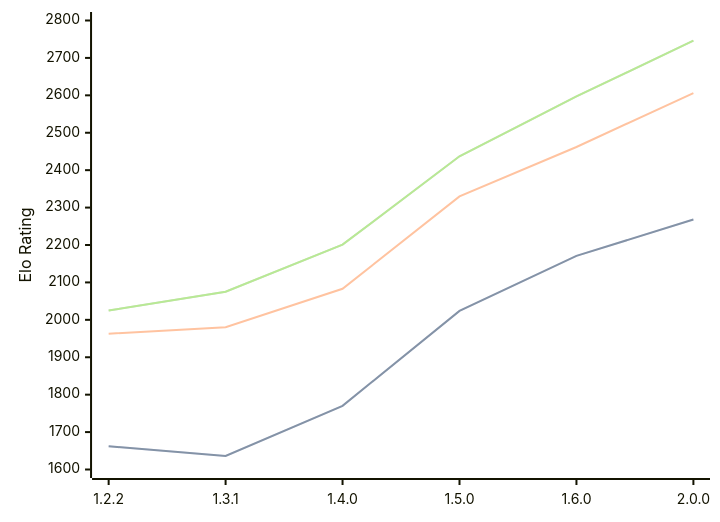
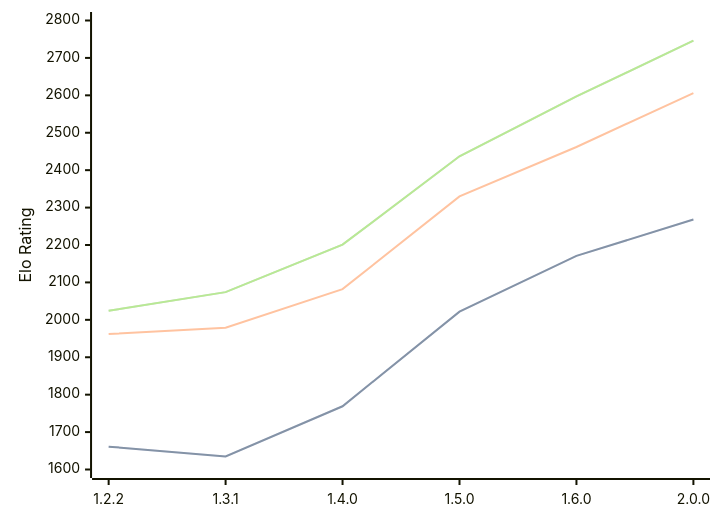
Before and after one commit to computer-chess-index/cci: the diagram in engines/SoloEngine.md, drawn with Mermaid. The commit also changed other lines of this file, not shown here.

Commit message:
Update CCI Ratings (ELO VLTC) - 2026-05-22

````diff
--- a/engines/SoloEngine.md
+++ b/engines/SoloEngine.md
@@ -37,11 +37,11 @@
 ```mermaid
 %%{init: {"theme":"base","themeVariables":{"seriesColors:['#a3a3a3','#222221','#faa371']}}}%%
 xychart-beta
   x-axis ["1.2.2", "1.3.1", "1.4.0", "1.5.0", "1.6.0", "2.0.0"]
   y-axis "Elo Rating" 1600 --> 2800
-  line "STC (8.0+0.08s)" [1662, 1636, 1770, 2024, 2171, 2268]
-  line "STC (8.0+0.08s)" [1662, 1636, 1770, 2024, 2171, 2268]
-  line "LTC (60.0+0.60s)" [1963, 1980, 2083, 2330, 2462, 2606]
-  line "VLTC (2m24s+1.12s)" [2025, 2075, 2201, 2437, 2597, 2746]
-  line "VLTC (2m24s+1.12s)" [2025, 2075, 2201, 2437, 2597, 2746]
+  line "STC (8.0+0.08s)" [1661, 1635, 1769, 2022, 2171, 2268]
+  line "STC (8.0+0.08s)" [1661, 1635, 1769, 2022, 2171, 2268]
+  line "LTC (60.0+0.60s)" [1962, 1979, 2082, 2330, 2462, 2606]
+  line "VLTC (2m24s+1.12s)" [2024, 2074, 2201, 2437, 2597, 2746]
+  line "VLTC (2m24s+1.12s)" [2024, 2074, 2201, 2437, 2597, 2746]
 ```
````
